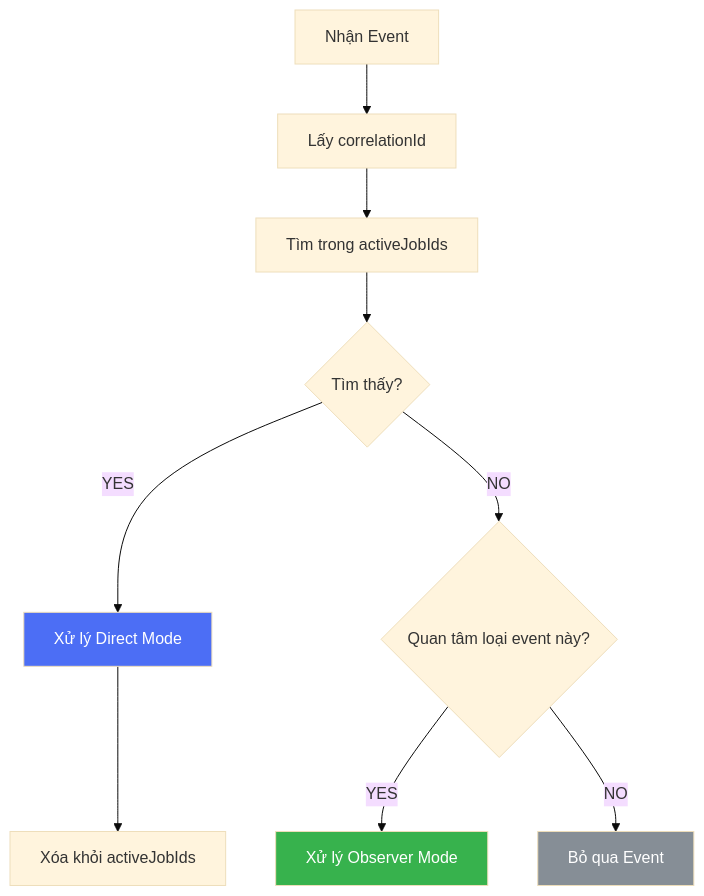
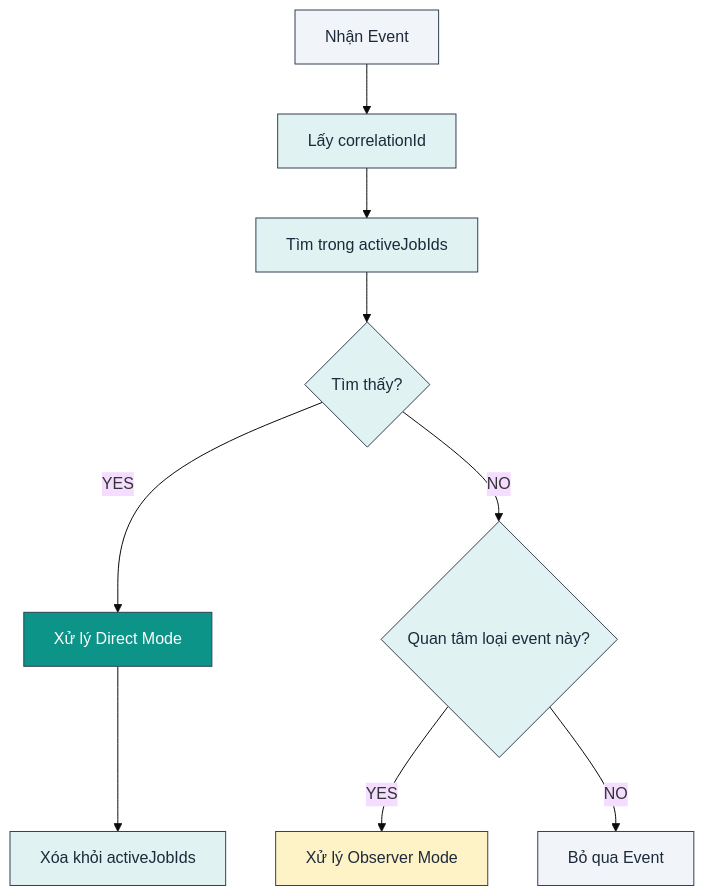
Before and after one commit to lploc94/flutter_orchestrator: the fourth of 11 diagrams in book/vi/chapters/04_integration.md, drawn with Mermaid (base theme). The commit also changed other lines of this file and 3 other files, not shown here.

````diff
--- a/book/vi/chapters/04_integration.md
+++ b/book/vi/chapters/04_integration.md
@@ -86,18 +88,24 @@
 ```mermaid
 flowchart TD
     Start["Nhận Event"] --> Extract["Lấy correlationId"]
     Extract --> Lookup["Tìm trong activeJobIds"]
     Lookup --> Found{"Tìm thấy?"}
     
     Found -->|"YES"| Direct["Xử lý Direct Mode"]
     Found -->|"NO"| PassiveCheck{"Quan tâm loại event này?"}
     
     PassiveCheck -->|"YES"| Observer["Xử lý Observer Mode"]
     PassiveCheck -->|"NO"| Ignore["Bỏ qua Event"]
     
     Direct --> Remove["Xóa khỏi activeJobIds"]
     
-    style Direct fill:#4c6ef5,color:#fff
-    style Observer fill:#37b24d,color:#fff
-    style Ignore fill:#868e96,color:#fff
+    style Start fill:#f1f5f9,stroke:#334155,color:#1e293b
+    style Extract fill:#e0f2f1,stroke:#334155,color:#1e293b
+    style Lookup fill:#e0f2f1,stroke:#334155,color:#1e293b
+    style Found fill:#e0f2f1,stroke:#334155,color:#1e293b
+    style Direct fill:#0d9488,stroke:#334155,color:#ffffff
+    style PassiveCheck fill:#e0f2f1,stroke:#334155,color:#1e293b
+    style Observer fill:#fef3c7,stroke:#334155,color:#1e293b
+    style Ignore fill:#f1f5f9,stroke:#334155,color:#1e293b
+    style Remove fill:#e0f2f1,stroke:#334155,color:#1e293b
 ```
````
